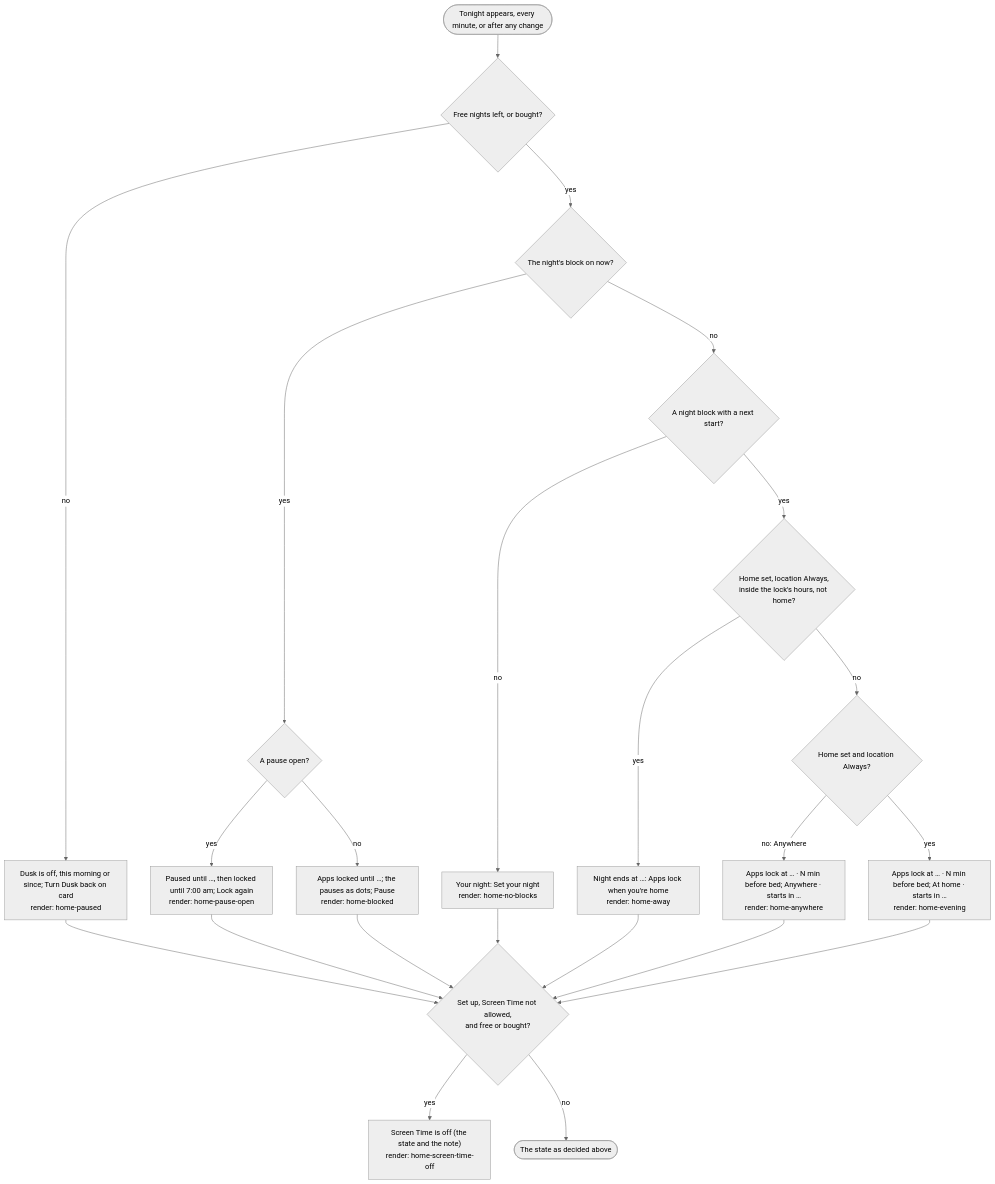
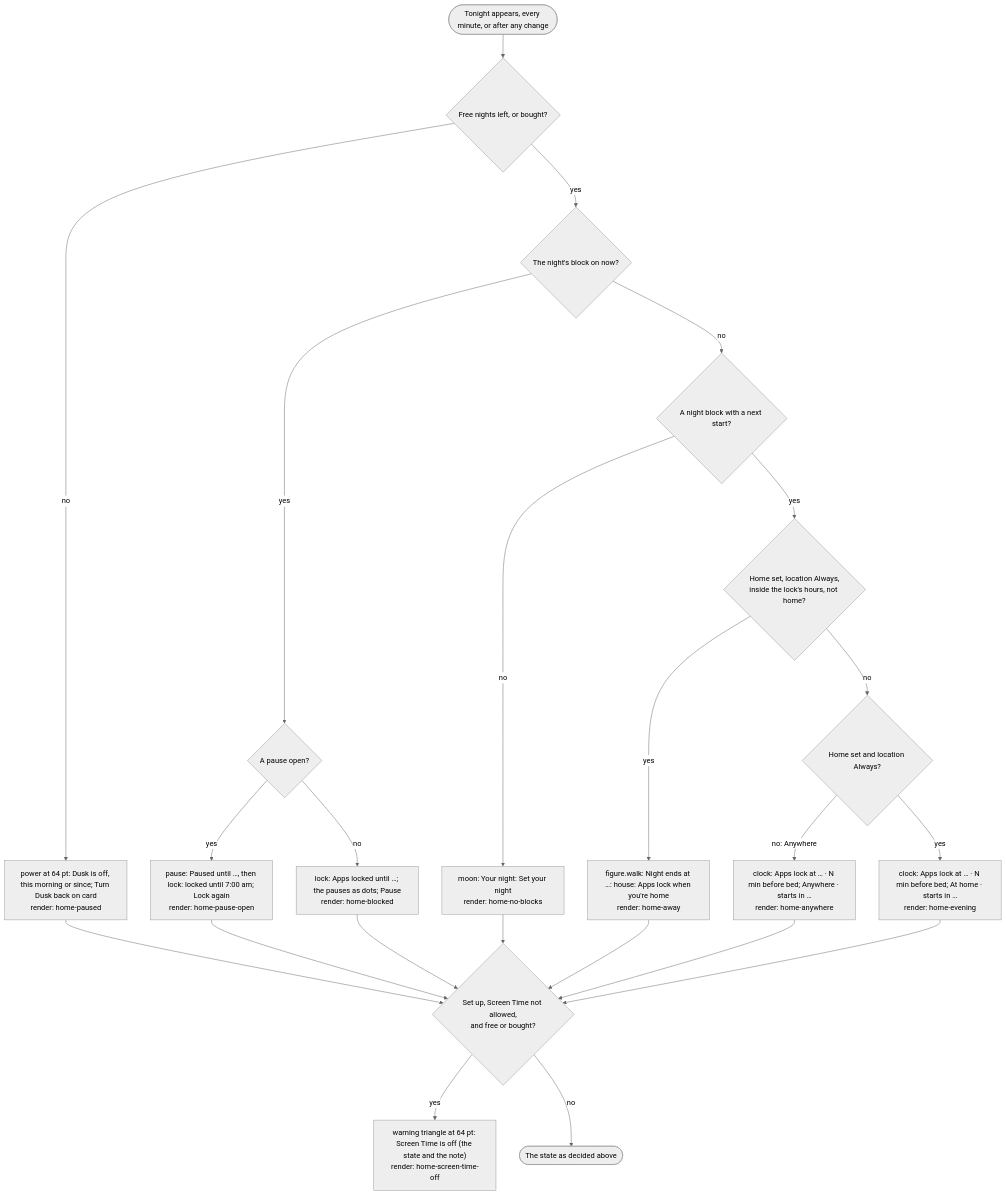
The first of 6 diagrams in docs/flows/tonight.md (adit-rah/toll), drawn with Mermaid (neutral theme) before and after one commit. The commit also changed other lines of this file and 9 other files, not shown here.

````diff
--- a/docs/flows/tonight.md
+++ b/docs/flows/tonight.md
@@ -13,27 +13,27 @@
 ```mermaid
 flowchart TD
   open(["Tonight appears, every minute, or after any change"]) --> entitled{"Free nights left, or bought?"}
-  entitled -->|"no"| off["Dusk is off, this morning or since; Turn Dusk back on card<br/>render: home-paused"]
+  entitled -->|"no"| off["power at 64 pt: Dusk is off, this morning or since; Turn Dusk back on card<br/>render: home-paused"]
   entitled -->|"yes"| nightOn{"The night's block on now?"}
   nightOn -->|"yes"| pauseOpen{"A pause open?"}
-  pauseOpen -->|"yes"| paused["Paused until …, then locked until 7:00 am; Lock again<br/>render: home-pause-open"]
-  pauseOpen -->|"no"| locked["Apps locked until …; the pauses as dots; Pause<br/>render: home-blocked"]
+  pauseOpen -->|"yes"| paused["pause: Paused until …, then lock: locked until 7:00 am; Lock again<br/>render: home-pause-open"]
+  pauseOpen -->|"no"| locked["lock: Apps locked until …; the pauses as dots; Pause<br/>render: home-blocked"]
   nightOn -->|"no"| hasNight{"A night block with a next start?"}
-  hasNight -->|"no"| noNight["Your night: Set your night<br/>render: home-no-blocks"]
+  hasNight -->|"no"| noNight["moon: Your night: Set your night<br/>render: home-no-blocks"]
   hasNight -->|"yes"| awayCheck{"Home set, location Always,<br/>inside the lock's hours, not home?"}
-  awayCheck -->|"yes"| away["Night ends at …: Apps lock when you're home<br/>render: home-away"]
+  awayCheck -->|"yes"| away["figure.walk: Night ends at …: house: Apps lock when you're home<br/>render: home-away"]
   awayCheck -->|"no"| placeCheck{"Home set and location Always?"}
-  placeCheck -->|"no: Anywhere"| anywhere["Apps lock at … · N min before bed; Anywhere · starts in …<br/>render: home-anywhere"]
-  placeCheck -->|"yes"| evening["Apps lock at … · N min before bed; At home · starts in …<br/>render: home-evening"]
+  placeCheck -->|"no: Anywhere"| anywhere["clock: Apps lock at … · N min before bed; Anywhere · starts in …<br/>render: home-anywhere"]
+  placeCheck -->|"yes"| evening["clock: Apps lock at … · N min before bed; At home · starts in …<br/>render: home-evening"]
 
   off --> stCheck
   paused --> stCheck
   locked --> stCheck
   noNight --> stCheck
   away --> stCheck
   anywhere --> stCheck
   evening --> stCheck
   stCheck{"Set up, Screen Time not allowed,<br/>and free or bought?"}
-  stCheck -->|"yes"| stOff["Screen Time is off (the state and the note)<br/>render: home-screen-time-off"]
+  stCheck -->|"yes"| stOff["warning triangle at 64 pt: Screen Time is off (the state and the note)<br/>render: home-screen-time-off"]
   stCheck -->|"no"| shown(["The state as decided above"])
 ```
````
